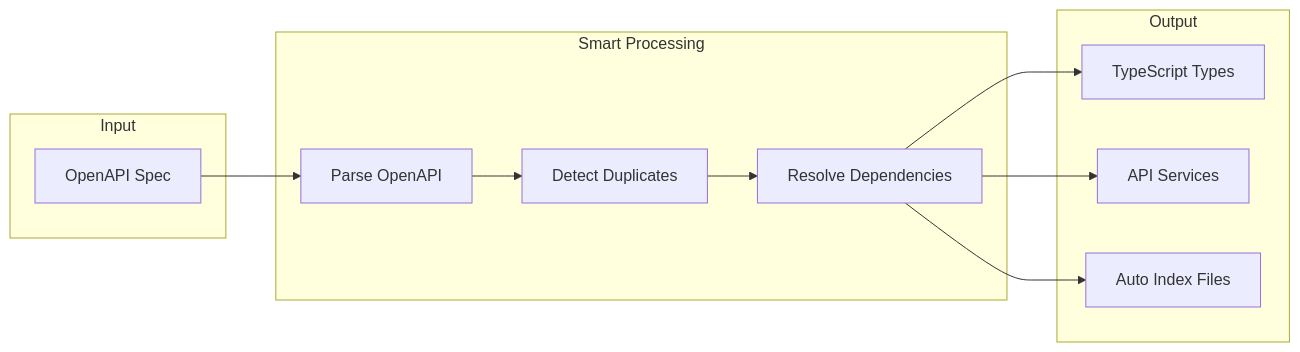
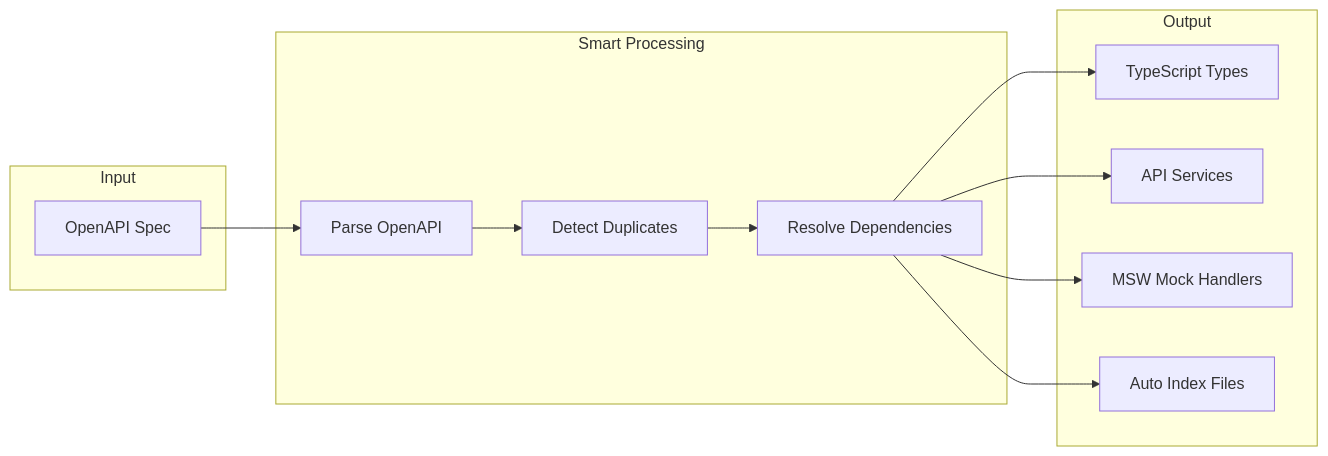
One commit to dianramdhani/openapi-mcp changed the fourth of 8 diagrams in README.md. Above: the diagram before and after it, drawn with Mermaid. The commit also changed other lines of this file and 11 other files, not shown here.

````diff
--- a/README.md
+++ b/README.md
@@ -86,22 +89,24 @@
 ```mermaid
 graph LR
     subgraph Input["Input"]
         A[OpenAPI Spec]
     end
 
     subgraph Process["Smart Processing"]
         B[Parse OpenAPI]
         C[Detect Duplicates]
         D[Resolve Dependencies]
     end
 
     subgraph Output["Output"]
         E[TypeScript Types]
         F[API Services]
-        G[Auto Index Files]
+        G[MSW Mock Handlers]
+        H[Auto Index Files]
     end
 
     A --> B --> C --> D --> E
     D --> F
     D --> G
+    D --> H
 ```
````
